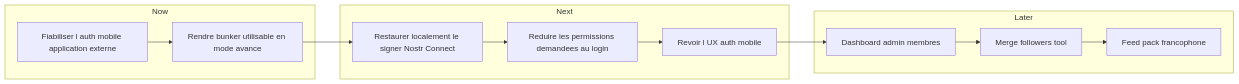
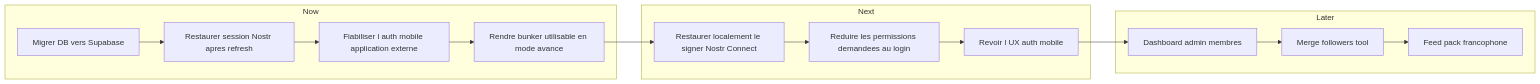
One commit to maxiim3/nostr-tools-ng-app changed the diagram in docs/product/roadmap.md. Above: the diagram before and after it, drawn with Mermaid. The commit also changed other lines of this file and 2 other files, not shown here.

Commit message:
chore: update roadmap and precommit

````diff
--- a/docs/product/roadmap.md
+++ b/docs/product/roadmap.md
@@ -27,22 +27,24 @@
 ```mermaid
 flowchart LR
   subgraph Now[Now]
+    N0[Migrer DB vers Supabase]
+    N1[Restaurer session Nostr apres refresh]
     A1[Fiabiliser l auth mobile application externe]
     A2[Rendre bunker utilisable en mode avance]
   end
 
   subgraph Next[Next]
     B1[Restaurer localement le signer Nostr Connect]
     B2[Reduire les permissions demandees au login]
     B3[Revoir l UX auth mobile]
   end
 
   subgraph Later[Later]
     C1[Dashboard admin membres]
     C2[Merge followers tool]
     C3[Feed pack francophone]
   end
 
-  A1 --> A2 --> B1 --> B2 --> B3 --> C1
+  N0 --> N1 --> A1 --> A2 --> B1 --> B2 --> B3 --> C1
   C1 --> C2 --> C3
 ```
````
